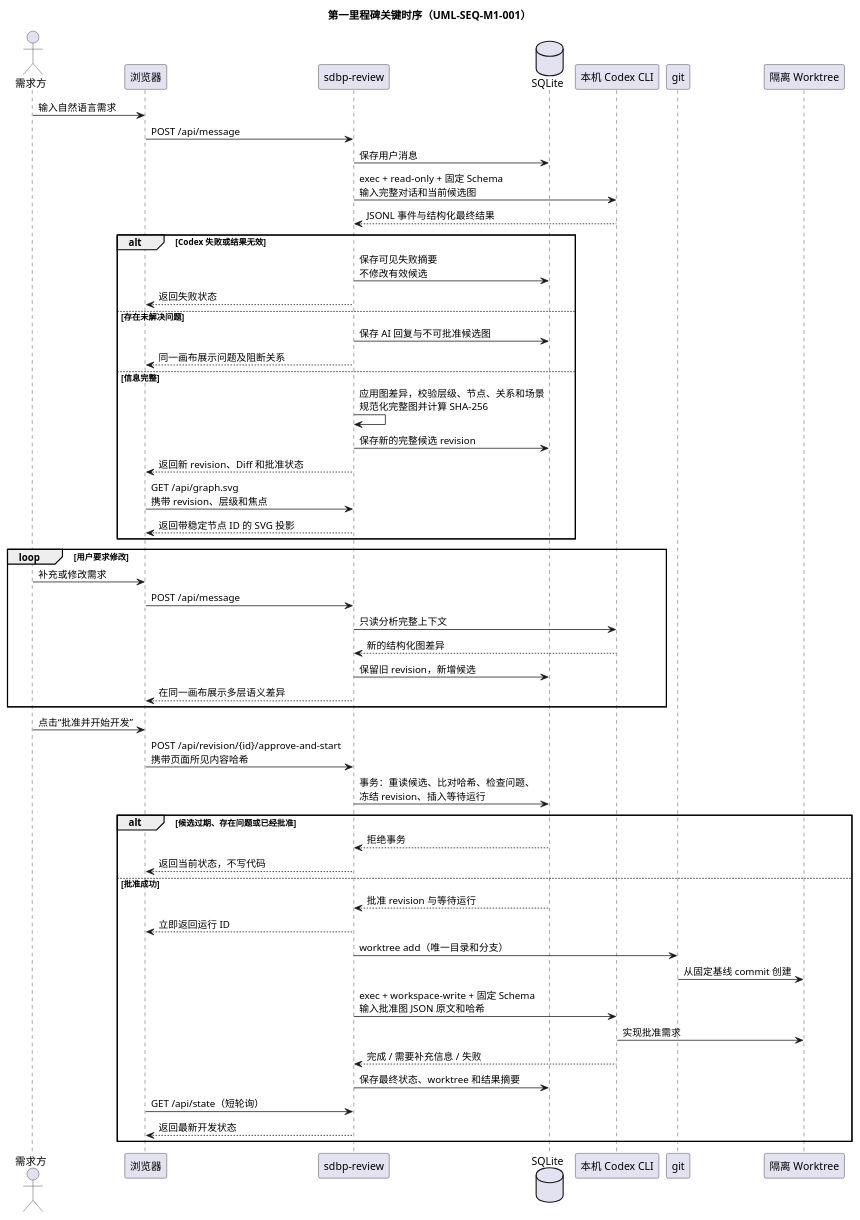
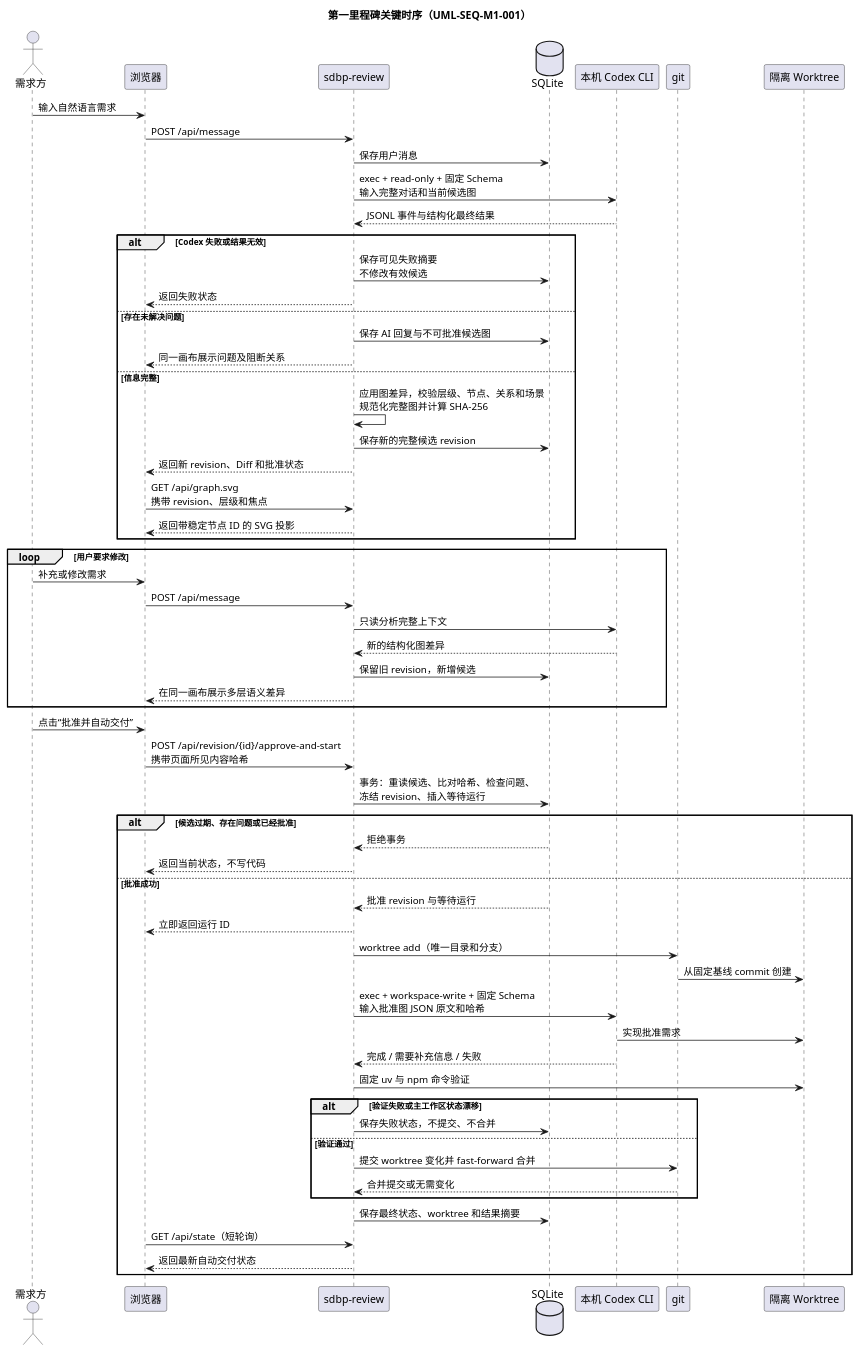
The diagram in doc/uml/07-first-milestone-sequence.puml (Gohoy/code-review), drawn with PlantUML before and after one commit. The commit also changed 10 other files, not shown here.

```diff
--- a/doc/uml/07-first-milestone-sequence.puml
+++ b/doc/uml/07-first-milestone-sequence.puml
@@ -1,61 +1,68 @@
 @startuml
 title 第一里程碑关键时序（UML-SEQ-M1-001）
 skinparam shadowing false
 
 actor "需求方" as User
 participant "浏览器" as Browser
 participant "sdbp-review" as App
 database "SQLite" as Db
 participant "本机 Codex CLI" as Codex
 participant "git" as Git
 participant "隔离 Worktree" as Worktree
 
 User -> Browser : 输入自然语言需求
 Browser -> App : POST /api/message
 App -> Db : 保存用户消息
 App -> Codex : exec + read-only + 固定 Schema\n输入完整对话和当前候选图
 Codex --> App : JSONL 事件与结构化最终结果
 
 alt Codex 失败或结果无效
   App -> Db : 保存可见失败摘要\n不修改有效候选
   App --> Browser : 返回失败状态
 else 存在未解决问题
   App -> Db : 保存 AI 回复与不可批准候选图
   App --> Browser : 同一画布展示问题及阻断关系
 else 信息完整
   App -> App : 应用图差异，校验层级、节点、关系和场景\n规范化完整图并计算 SHA-256
   App -> Db : 保存新的完整候选 revision
   App --> Browser : 返回新 revision、Diff 和批准状态
   Browser -> App : GET /api/graph.svg\n携带 revision、层级和焦点
   App --> Browser : 返回带稳定节点 ID 的 SVG 投影
 end
 
 loop 用户要求修改
   User -> Browser : 补充或修改需求
   Browser -> App : POST /api/message
   App -> Codex : 只读分析完整上下文
   Codex --> App : 新的结构化图差异
   App -> Db : 保留旧 revision，新增候选
   App --> Browser : 在同一画布展示多层语义差异
 end
 
-User -> Browser : 点击“批准并开始开发”
+User -> Browser : 点击“批准并自动交付”
 Browser -> App : POST /api/revision/{id}/approve-and-start\n携带页面所见内容哈希
 App -> Db : 事务：重读候选、比对哈希、检查问题、\n冻结 revision、插入等待运行
 
 alt 候选过期、存在问题或已经批准
   Db --> App : 拒绝事务
   App --> Browser : 返回当前状态，不写代码
 else 批准成功
   Db --> App : 批准 revision 与等待运行
   App --> Browser : 立即返回运行 ID
   App -> Git : worktree add（唯一目录和分支）
   Git -> Worktree : 从固定基线 commit 创建
   App -> Codex : exec + workspace-write + 固定 Schema\n输入批准图 JSON 原文和哈希
   Codex -> Worktree : 实现批准需求
   Codex --> App : 完成 / 需要补充信息 / 失败
+  App -> Worktree : 固定 uv 与 npm 命令验证
+  alt 验证失败或主工作区状态漂移
+    App -> Db : 保存失败状态，不提交、不合并
+  else 验证通过
+    App -> Git : 提交 worktree 变化并 fast-forward 合并
+    Git --> App : 合并提交或无需变化
+  end
   App -> Db : 保存最终状态、worktree 和结果摘要
   Browser -> App : GET /api/state（短轮询）
-  App --> Browser : 返回最新开发状态
+  App --> Browser : 返回最新自动交付状态
 end
 @enduml
```
